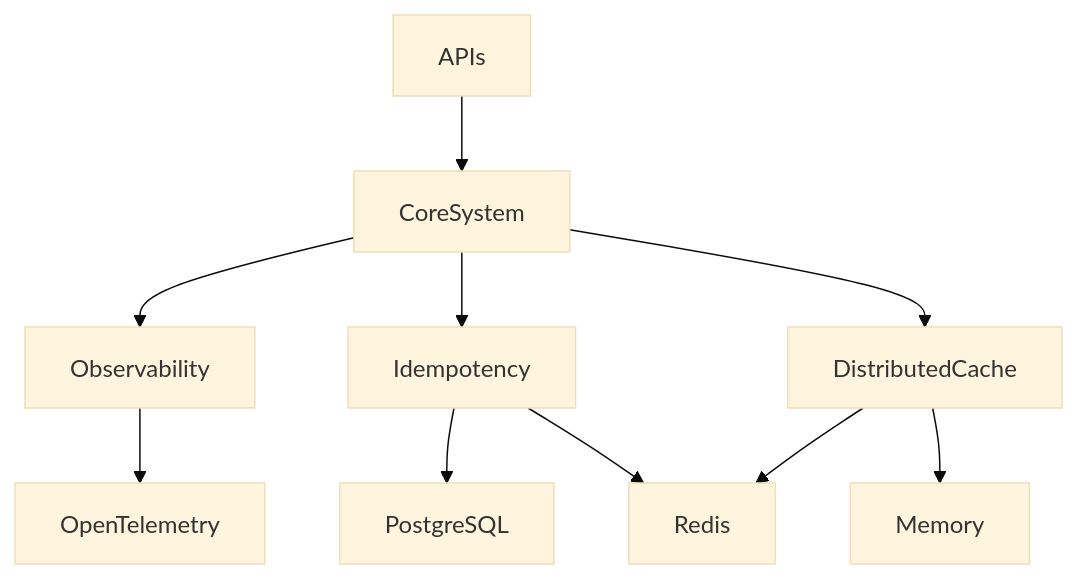
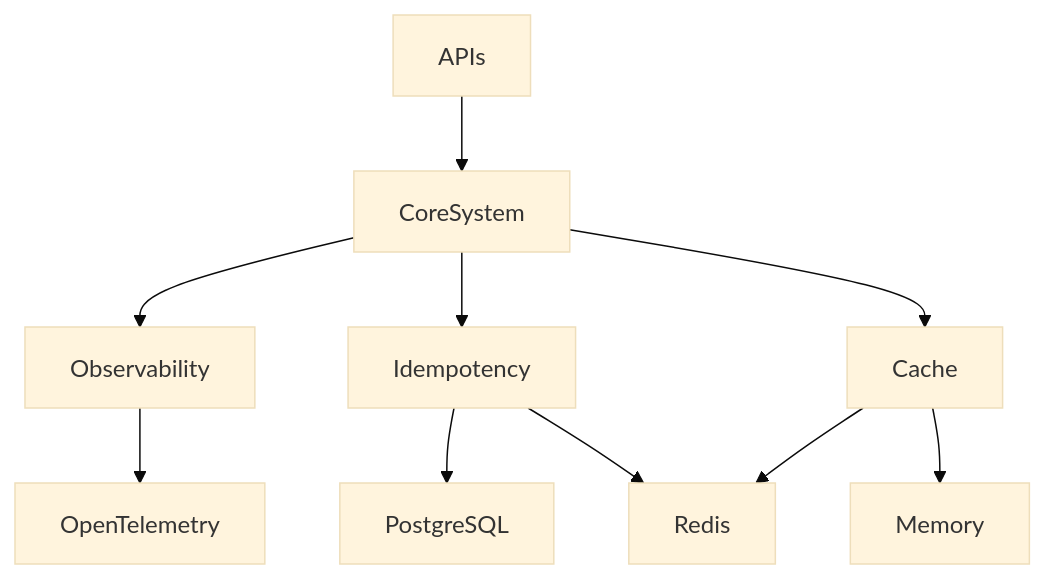
One commit to FEDERIN/CoreSystem changed the diagram in README.md. Above: the diagram before and after it, drawn with Mermaid (base theme). The commit also changed other lines of this file and 4 other files, not shown here.

````diff
--- a/README.md
+++ b/README.md
@@ -92,16 +92,16 @@
 ```mermaid
 graph TD
     APIs --> CoreSystem
 
     CoreSystem --> Observability
     CoreSystem --> Idempotency
-    CoreSystem --> DistributedCache
+    CoreSystem --> Cache
 
     Observability --> OpenTelemetry
 
     Idempotency --> PostgreSQL
     Idempotency --> Redis
 
-    DistributedCache --> Memory
-    DistributedCache --> Redis
+    Cache --> Memory
+    Cache --> Redis
 ```
````
